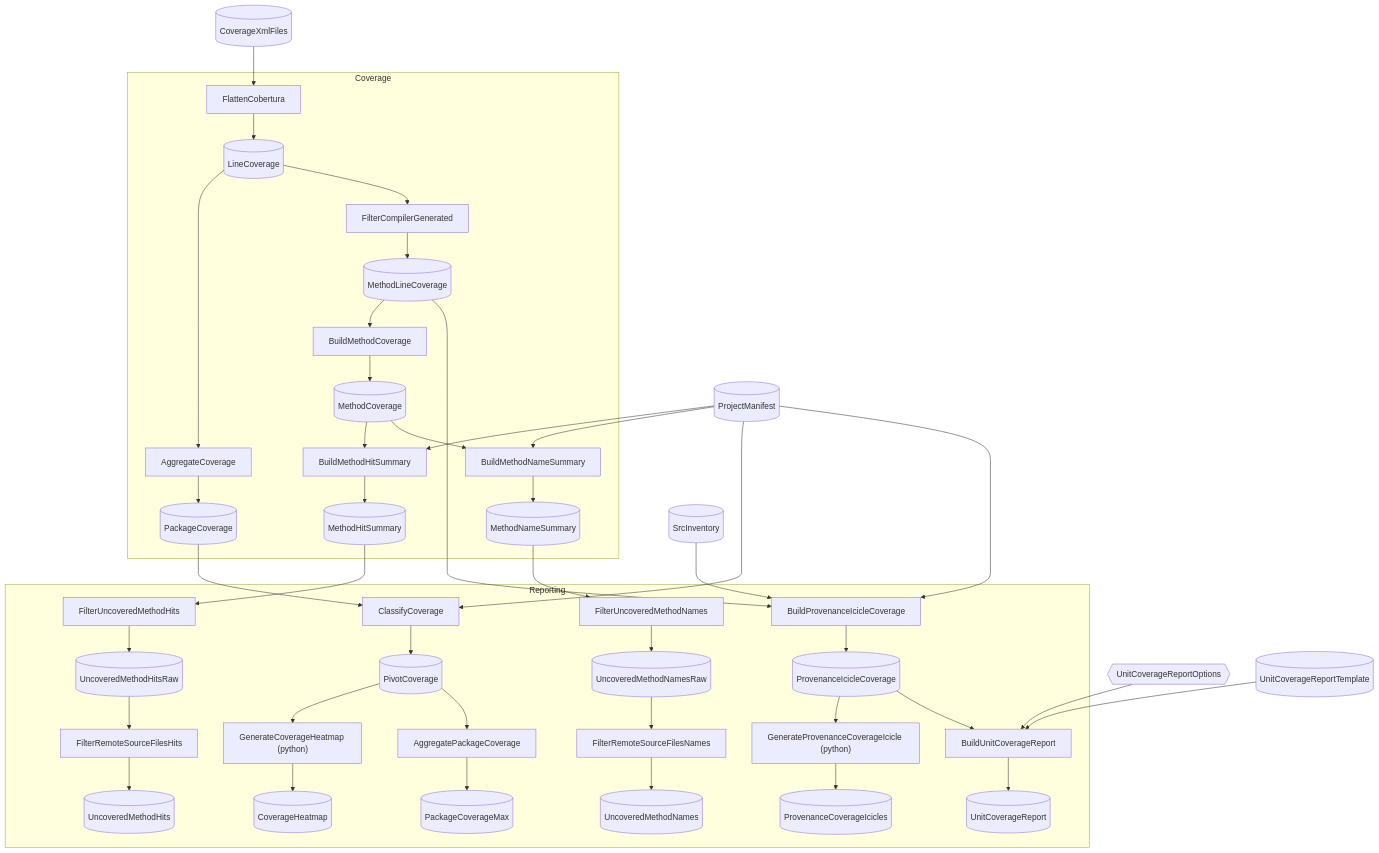
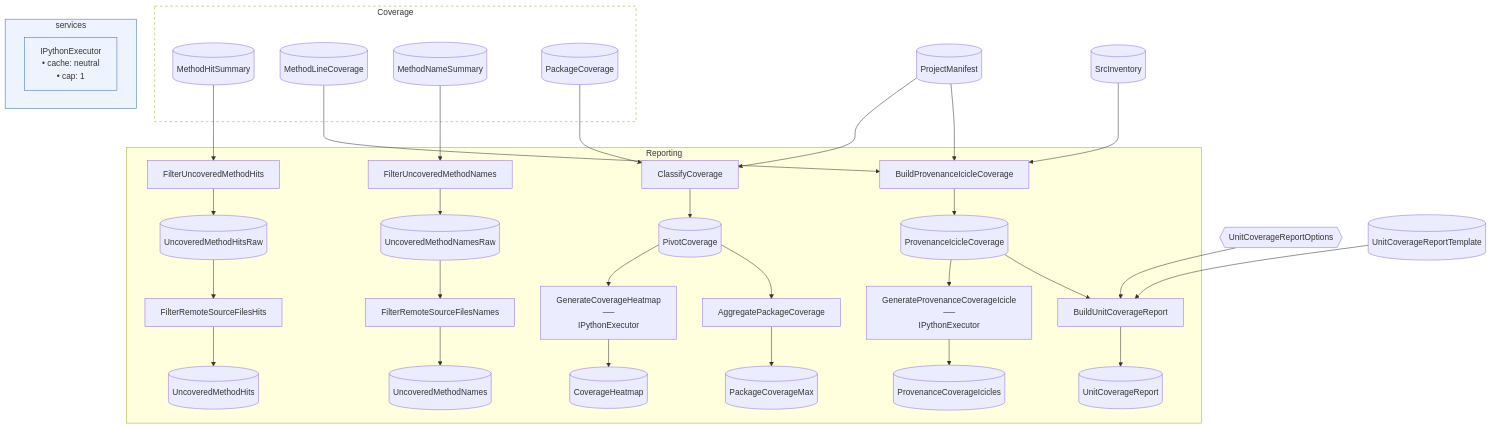
Before and after one commit to chaoticgoodcomputing/flowthru: the second of 2 diagrams in examples/advanced/FlowthruCoverage/README.md, drawn with Mermaid. The commit also changed other lines of this file and 18 other files, not shown here.

````diff
--- a/examples/advanced/FlowthruCoverage/README.md
+++ b/examples/advanced/FlowthruCoverage/README.md
@@ -53,25 +110,16 @@
 flowchart TB
 
     %% External Data Inputs
-    CoverageXmlFiles[("CoverageXmlFiles")]
     ProjectManifest[("ProjectManifest")]
     SrcInventory[("SrcInventory")]
     UnitCoverageReportOptions{{"UnitCoverageReportOptions"}}
     UnitCoverageReportTemplate[("UnitCoverageReportTemplate")]
 
-    subgraph Coverage["Coverage"]
-        FlattenCobertura["FlattenCobertura"]
-        LineCoverage[("LineCoverage")]
-        AggregateCoverage["AggregateCoverage"]
+    subgraph Coverage_us["Coverage"]
+        MethodHitSummary[("MethodHitSummary")]
+        MethodLineCoverage[("MethodLineCoverage")]
+        MethodNameSummary[("MethodNameSummary")]
         PackageCoverage[("PackageCoverage")]
-        FilterCompilerGenerated["FilterCompilerGenerated"]
-        MethodLineCoverage[("MethodLineCoverage")]
-        BuildMethodCoverage["BuildMethodCoverage"]
-        MethodCoverage[("MethodCoverage")]
-        BuildMethodHitSummary["BuildMethodHitSummary"]
-        MethodHitSummary[("MethodHitSummary")]
-        BuildMethodNameSummary["BuildMethodNameSummary"]
-        MethodNameSummary[("MethodNameSummary")]
     end
 
     subgraph Reporting["Reporting"]
@@ -79,11 +127,11 @@
         PivotCoverage[("PivotCoverage")]
         BuildProvenanceIcicleCoverage["BuildProvenanceIcicleCoverage"]
         ProvenanceIcicleCoverage[("ProvenanceIcicleCoverage")]
-        GenerateCoverageHeatmap["GenerateCoverageHeatmap (python)"]
+        GenerateCoverageHeatmap["GenerateCoverageHeatmap<br>──<br>IPythonExecutor"]
         CoverageHeatmap[("CoverageHeatmap")]
         AggregatePackageCoverage["AggregatePackageCoverage"]
         PackageCoverageMax[("PackageCoverageMax")]
-        GenerateProvenanceCoverageIcicle["GenerateProvenanceCoverageIcicle (python)"]
+        GenerateProvenanceCoverageIcicle["GenerateProvenanceCoverageIcicle<br>──<br>IPythonExecutor"]
         ProvenanceCoverageIcicles[("ProvenanceCoverageIcicles")]
         BuildUnitCoverageReport["BuildUnitCoverageReport"]
         UnitCoverageReport[("UnitCoverageReport")]
@@ -97,18 +145,18 @@
         UncoveredMethodNames[("UncoveredMethodNames")]
     end
 
+    %% Service legend
+    subgraph service_legend["services"]
+        svc_Flowthru_Step_Python_IPythonExecutor["IPythonExecutor<br>• cache: neutral<br>• cap: 1"]
+    end
+    style service_legend fill:#EEF4FF,stroke:#3B6FB0
+    classDef serviceNode fill:#EEF4FF,stroke:#3B6FB0
+    class svc_Flowthru_Step_Python_IPythonExecutor serviceNode
+
     %% Edges
-    CoverageXmlFiles --> FlattenCobertura
-    FlattenCobertura --> LineCoverage
-    LineCoverage --> AggregateCoverage
-    AggregateCoverage --> PackageCoverage
-    LineCoverage --> FilterCompilerGenerated
-    FilterCompilerGenerated --> MethodLineCoverage
     PackageCoverage --> ClassifyCoverage
     ProjectManifest --> ClassifyCoverage
     ClassifyCoverage --> PivotCoverage
-    MethodLineCoverage --> BuildMethodCoverage
-    BuildMethodCoverage --> MethodCoverage
     MethodLineCoverage --> BuildProvenanceIcicleCoverage
     ProjectManifest --> BuildProvenanceIcicleCoverage
     SrcInventory --> BuildProvenanceIcicleCoverage
@@ -117,12 +165,6 @@
     GenerateCoverageHeatmap --> CoverageHeatmap
     PivotCoverage --> AggregatePackageCoverage
     AggregatePackageCoverage --> PackageCoverageMax
-    MethodCoverage --> BuildMethodHitSummary
-    ProjectManifest --> BuildMethodHitSummary
-    BuildMethodHitSummary --> MethodHitSummary
-    MethodCoverage --> BuildMethodNameSummary
-    ProjectManifest --> BuildMethodNameSummary
-    BuildMethodNameSummary --> MethodNameSummary
     ProvenanceIcicleCoverage --> GenerateProvenanceCoverageIcicle
     GenerateProvenanceCoverageIcicle --> ProvenanceCoverageIcicles
     ProvenanceIcicleCoverage --> BuildUnitCoverageReport
@@ -138,4 +180,6 @@
     UncoveredMethodNamesRaw --> FilterRemoteSourceFilesNames
     FilterRemoteSourceFilesNames --> UncoveredMethodNames
 
+    classDef collapsed stroke-dasharray:5 5,fill:transparent
+    class Coverage_us collapsed
 ```
````
